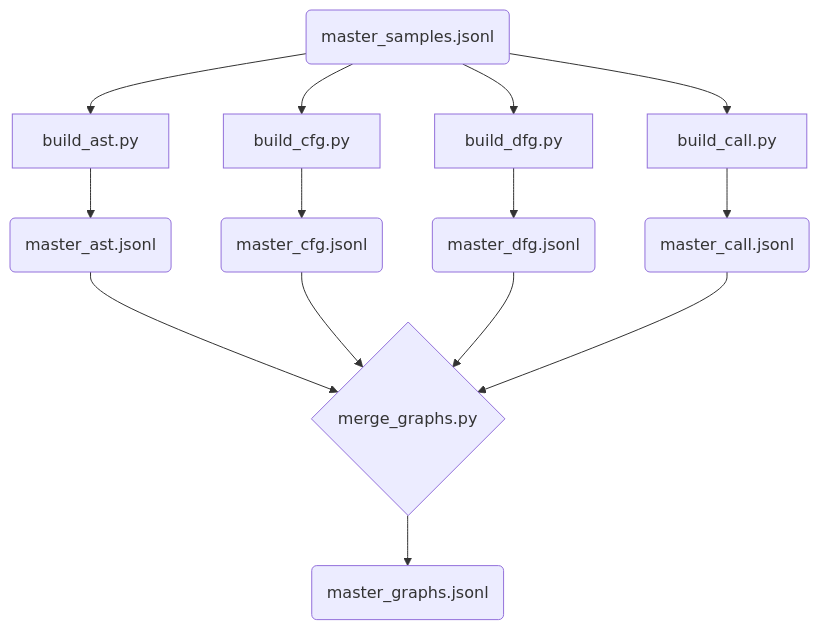
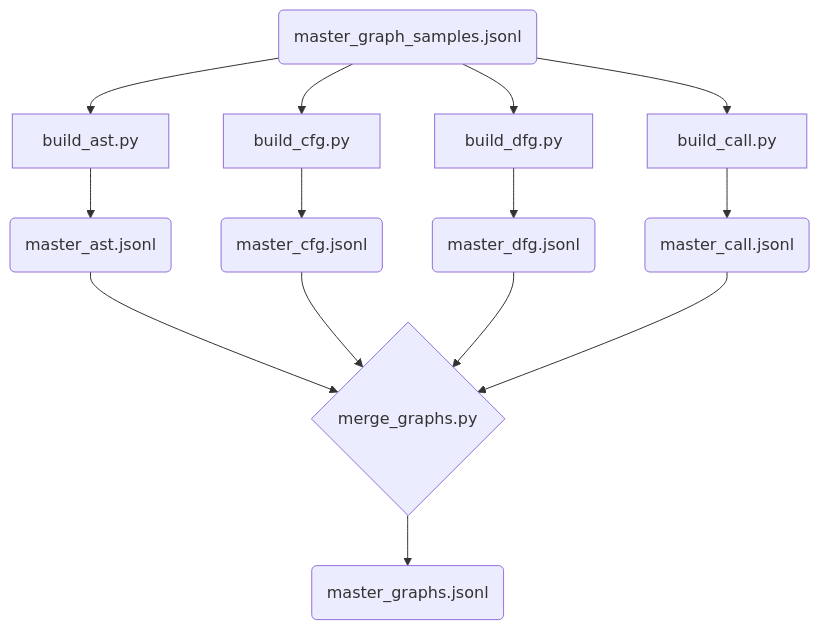
One commit to NhatWoan-20/VulHunter changed the diagram in scripts/graph/README.md. Above: the diagram before and after it, drawn with Mermaid. The commit also changed other lines of this file and 57 other files, not shown here.

Commit message:
Switch to CodeBERT and simplify graph pipeline

````diff
--- a/scripts/graph/README.md
+++ b/scripts/graph/README.md
@@ -9,19 +9,19 @@
 ```mermaid
 flowchart TD
-    A(master_samples.jsonl) --> B1[build_ast.py]
+    A(master_graph_samples.jsonl) --> B1[build_ast.py]
     A --> B2[build_cfg.py]
     A --> B3[build_dfg.py]
     A --> B4[build_call.py]
     
     B1 --> C1(master_ast.jsonl)
     B2 --> C2(master_cfg.jsonl)
     B3 --> C3(master_dfg.jsonl)
     B4 --> C4(master_call.jsonl)
     
     C1 --> D{merge_graphs.py}
     C2 --> D
     C3 --> D
     C4 --> D
     
     D --> E(master_graphs.jsonl)
 ```
````
